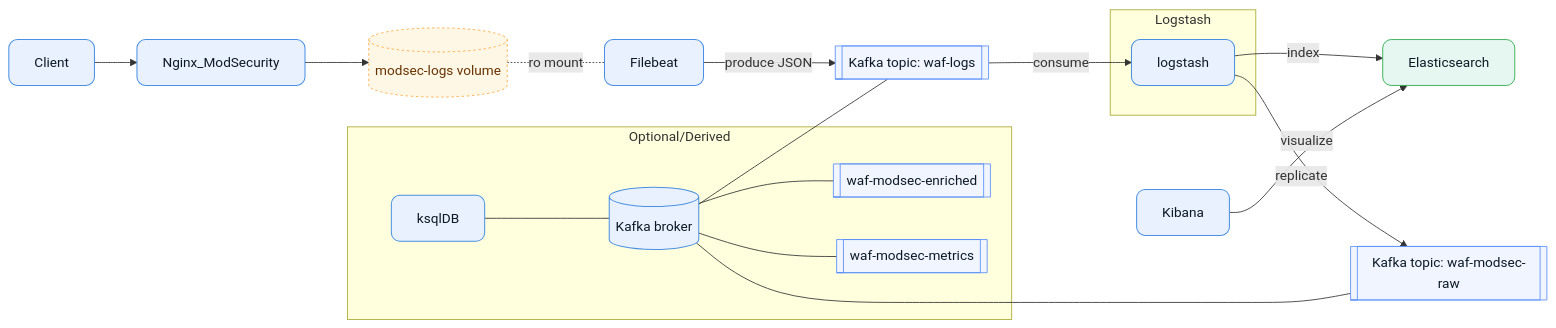
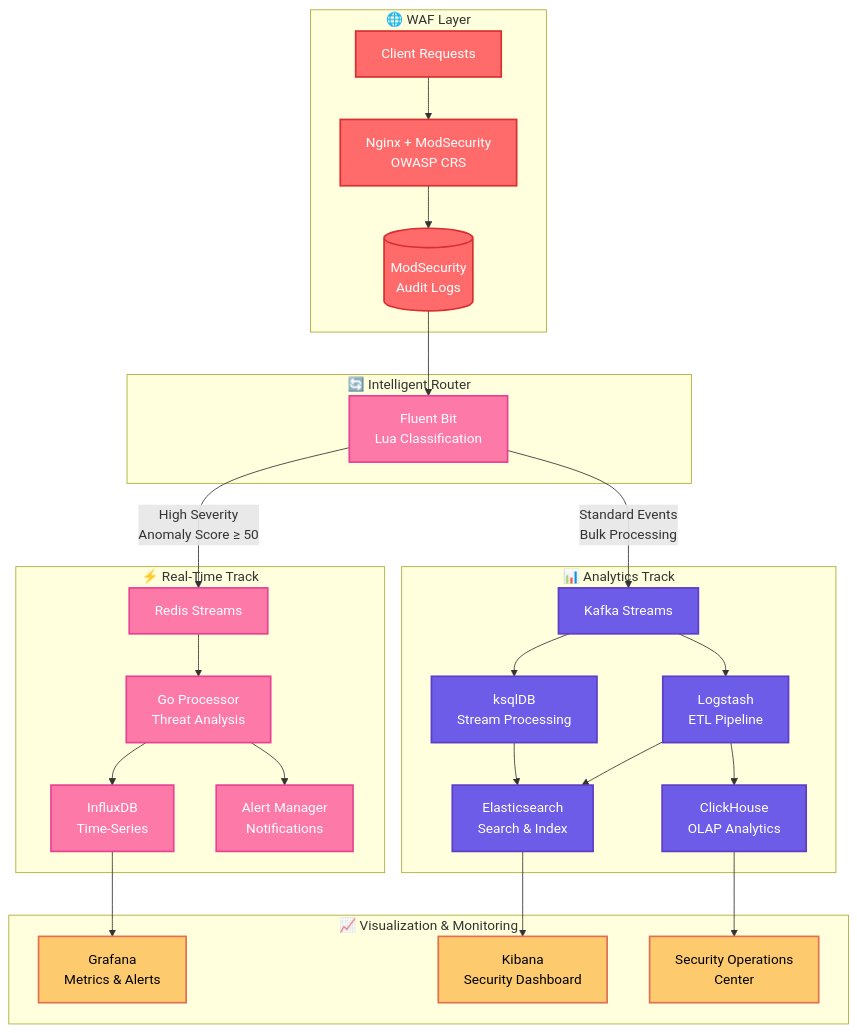
One commit to rojae/waf changed the diagram in README.md. Above: the diagram before and after it, drawn with Mermaid. The commit also changed other lines of this file and 36 other files, not shown here.

````diff
--- a/README.md
+++ b/README.md
@@ -24,33 +29,60 @@
 ```mermaid
-flowchart LR
-  classDef svc fill:#e8f1fd,stroke:#4a90e2,color:#0d1a26,stroke-width:1.2,rx:10,ry:10
-  classDef db  fill:#e6f7f1,stroke:#28a745,color:#0d1a26,rx:10,ry:10
-  classDef vol fill:#fff7e6,stroke:#ffa940,color:#663300,stroke-dasharray:3 3,rx:8,ry:8
-  classDef topic fill:#f0f5ff,stroke:#5b8ff9,color:#0d1a26,rx:10,ry:10
+flowchart TB
+    classDef waf fill:#ff6b6b,stroke:#d63031,color:#fff,stroke-width:2
+    classDef realtime fill:#fd79a8,stroke:#e84393,color:#fff,stroke-width:2
+    classDef analytics fill:#6c5ce7,stroke:#5f3dc4,color:#fff,stroke-width:2
+    classDef storage fill:#00b894,stroke:#00a085,color:#fff,stroke-width:2
+    classDef monitoring fill:#fdcb6e,stroke:#e17055,color:#000,stroke-width:2
 
-  C[Client]:::svc --> N[Nginx_ModSecurity]:::svc
-  N --> V[(modsec-logs volume)]:::vol
-  V -. ro mount .- F[Filebeat]:::svc
-  F -->|produce JSON| T1[[Kafka topic: waf-logs]]:::topic
-  K[(Kafka broker)]:::svc --- T1
+    subgraph "🌐 WAF Layer"
+        Client[Client Requests]:::waf
+        WAF[Nginx + ModSecurity<br/>OWASP CRS]:::waf
+        Logs[(ModSecurity<br/>Audit Logs)]:::waf
+    end
 
-  subgraph Logstash
-    L[logstash]:::svc
-  end
+    subgraph "🔄 Intelligent Router"
+        FluentBit[Fluent Bit<br/>Lua Classification]:::realtime
+    end
 
-  T1 -->|consume| L
-  L -->|index| E[Elasticsearch]:::db
-  L -->|replicate| T2[[Kafka topic: waf-modsec-raw]]:::topic
-  K --- T2
+    subgraph "⚡ Real-Time Track"
+        RedisStreams[Redis Streams]:::realtime
+        RealtimeProcessor[Go Processor<br/>Threat Analysis]:::realtime
+        InfluxDB[InfluxDB<br/>Time-Series]:::realtime
+        Alerts[Alert Manager<br/>Notifications]:::realtime
+    end
 
-  subgraph Optional/Derived
-    T3[[waf-modsec-enriched]]:::topic
-    T4[[waf-modsec-metrics]]:::topic
-    KSQL[ksqlDB]:::svc
-    K --- T3
-    K --- T4
-    KSQL --- K
-  end
+    subgraph "📊 Analytics Track"
+        Kafka[Kafka Streams]:::analytics
+        KsqlDB[ksqlDB<br/>Stream Processing]:::analytics
+        Logstash[Logstash<br/>ETL Pipeline]:::analytics
+        Elasticsearch[Elasticsearch<br/>Search & Index]:::analytics
+        ClickHouse[ClickHouse<br/>OLAP Analytics]:::analytics
+    end
 
-  B[Kibana]:::svc -->|visualize| E
+    subgraph "📈 Visualization & Monitoring"
+        Kibana[Kibana<br/>Security Dashboard]:::monitoring
+        Grafana[Grafana<br/>Metrics & Alerts]:::monitoring
+        Dashboard[Security Operations<br/>Center]:::monitoring
+    end
+
+    Client --> WAF
+    WAF --> Logs
+    Logs --> FluentBit
+
+    FluentBit -->|High Severity<br/>Anomaly Score ≥ 50| RedisStreams
+    FluentBit -->|Standard Events<br/>Bulk Processing| Kafka
+
+    RedisStreams --> RealtimeProcessor
+    RealtimeProcessor --> InfluxDB
+    RealtimeProcessor --> Alerts
+
+    Kafka --> KsqlDB
+    Kafka --> Logstash
+    KsqlDB --> Elasticsearch
+    Logstash --> Elasticsearch
+    Logstash --> ClickHouse
+
+    InfluxDB --> Grafana
+    Elasticsearch --> Kibana
+    ClickHouse --> Dashboard
 ```
````
